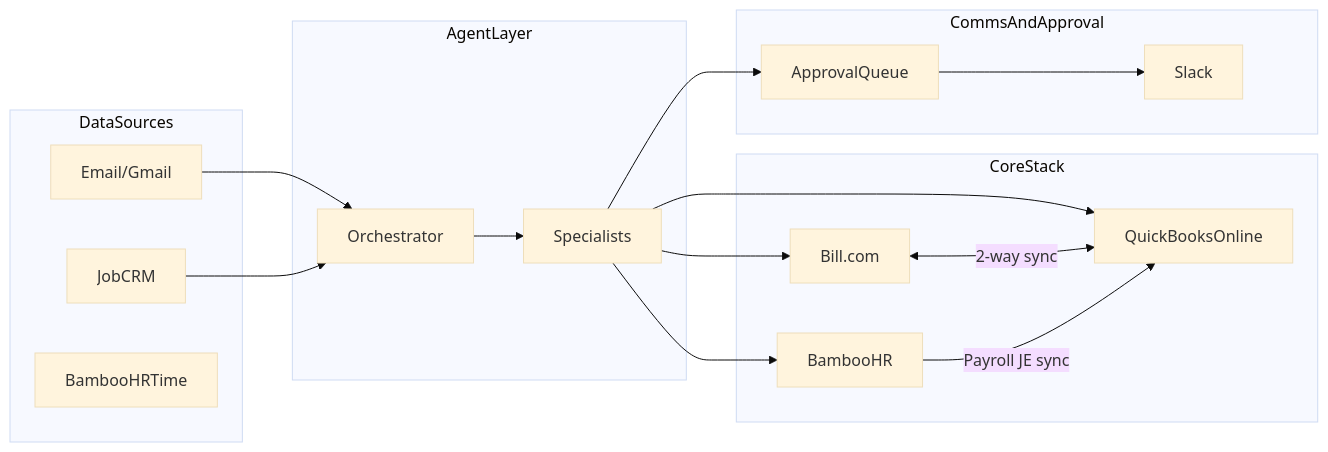
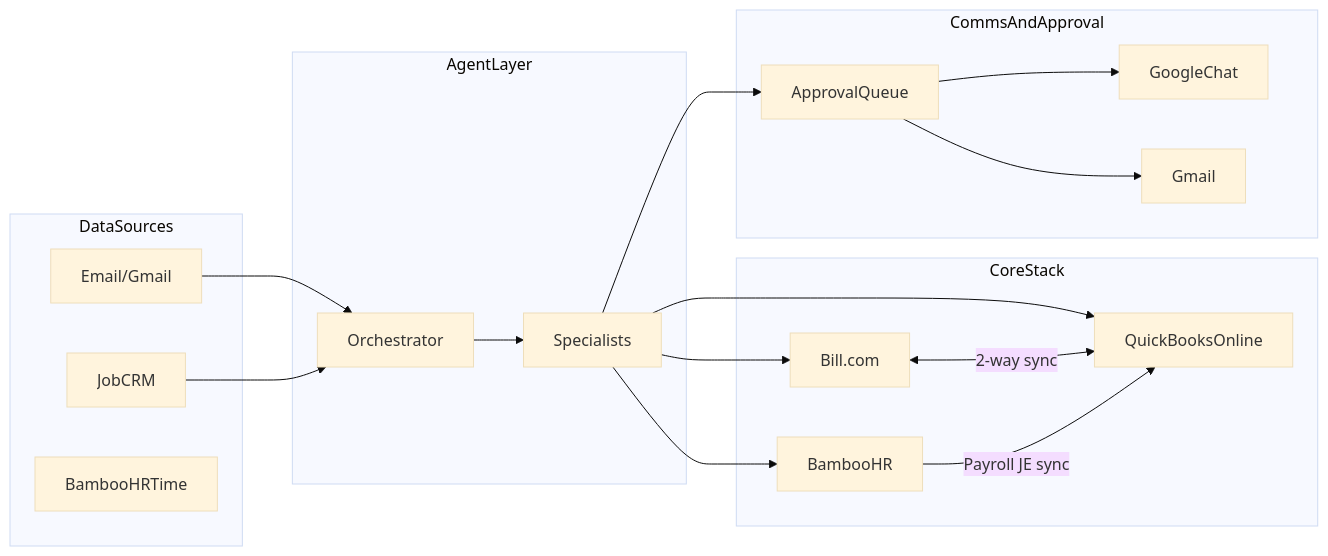
One commit to wrexlindsay58/Cozy-AI-Agents changed the second of 4 diagrams in docs/FINANCE_ARCHITECTURE.md. Above: the diagram before and after it, drawn with Mermaid (base theme). The commit also changed other lines of this file, not shown here.

Commit message:
Replace Slack with Google Chat and Gmail for approval queue

````diff
--- a/docs/FINANCE_ARCHITECTURE.md
+++ b/docs/FINANCE_ARCHITECTURE.md
@@ -88,35 +89,37 @@
 ```mermaid
 flowchart LR
     subgraph sources [DataSources]
         Email[Email/Gmail]
         JobSystem[JobCRM]
         Time[BambooHRTime]
     end
 
     subgraph core [CoreStack]
         QBO[QuickBooksOnline]
         Bill[Bill.com]
         Bamboo[BambooHR]
     end
 
     subgraph agents [AgentLayer]
         Orch[Orchestrator]
         Specs[Specialists]
     end
 
     subgraph output [CommsAndApproval]
-        Slack[Slack]
+        GChat[GoogleChat]
+        Gmail[Gmail]
         Approvals[ApprovalQueue]
     end
 
     Email --> Orch
     JobSystem --> Orch
     Orch --> Specs
     Specs --> QBO
     Specs --> Bill
     Specs --> Bamboo
     Bill <-->|"2-way sync"| QBO
     Bamboo -->|"Payroll JE sync"| QBO
     Specs --> Approvals
-    Approvals --> Slack
+    Approvals --> GChat
+    Approvals --> Gmail
 ```
````
